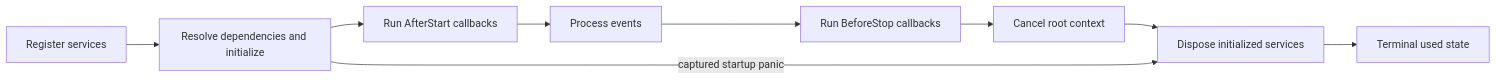
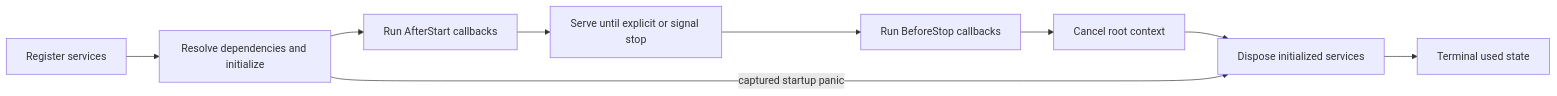
Before and after one commit to sedmess/go-ctx: the second of 2 diagrams in docs/architecture.md, drawn with Mermaid. The commit also changed other lines of this file and 49 other files, not shown here.

````diff
--- a/docs/architecture.md
+++ b/docs/architecture.md
@@ -102,11 +112,11 @@
 ```mermaid
 flowchart LR
     Register[Register services] --> Init[Resolve dependencies and initialize]
     Init --> Start[Run AfterStart callbacks]
-    Start --> Live[Process events]
+    Start --> Live[Serve until explicit or signal stop]
     Live --> Stop[Run BeforeStop callbacks]
     Stop --> Cancel[Cancel root context]
     Cancel --> Dispose[Dispose initialized services]
     Dispose --> Used[Terminal used state]
     Init -->|captured startup panic| Dispose
 ```
````
